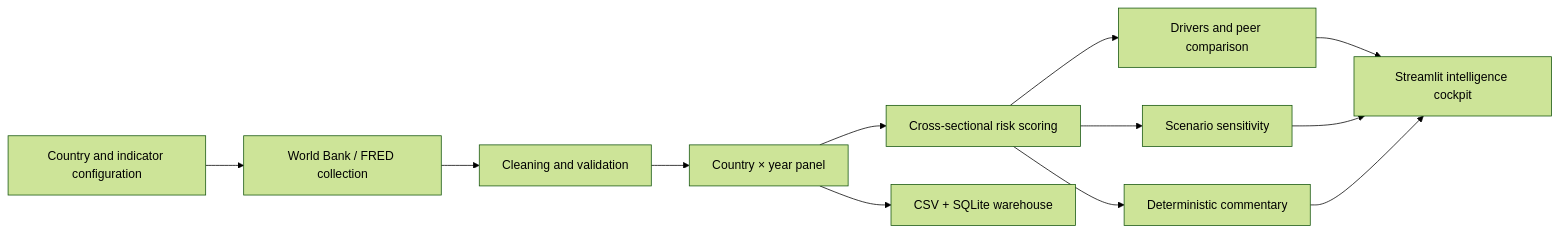
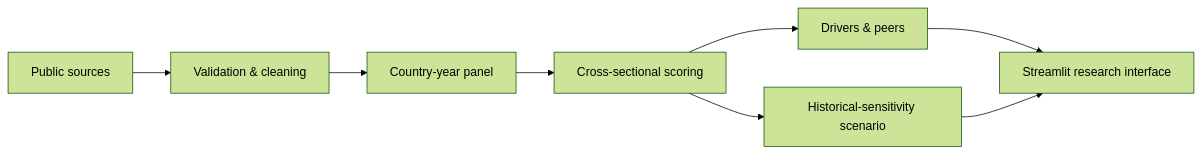
The diagram in README.md (hrxjtsingh1-coder/country-risk-intelligence-engine), drawn with Mermaid (forest theme) before and after one commit. The commit also changed other lines of this file and 14 other files, not shown here.

````diff
--- a/README.md
+++ b/README.md
@@ -15,14 +13,10 @@
 ```mermaid
 flowchart LR
-    A[Country and indicator configuration] --> B[World Bank / FRED collection]
-    B --> C[Cleaning and validation]
-    C --> D[Country × year panel]
-    D --> E[Cross-sectional risk scoring]
-    E --> F[Drivers and peer comparison]
-    E --> G[Scenario sensitivity]
-    E --> H[Deterministic commentary]
-    F --> I[Streamlit intelligence cockpit]
-    G --> I
-    H --> I
-    D --> J[CSV + SQLite warehouse]
+  A[Public sources] --> B[Validation & cleaning]
+  B --> C[Country-year panel]
+  C --> D[Cross-sectional scoring]
+  D --> E[Drivers & peers]
+  D --> F[Historical-sensitivity scenario]
+  E --> G[Streamlit research interface]
+  F --> G
 ```
````
